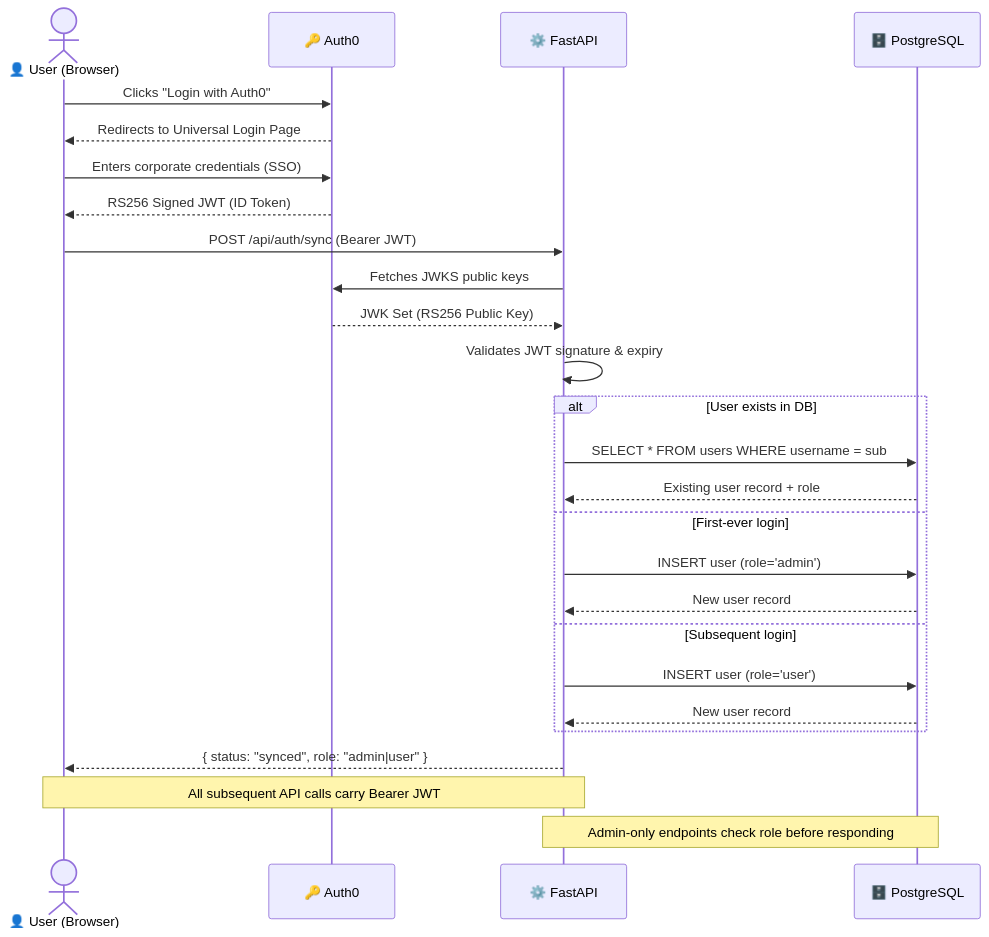
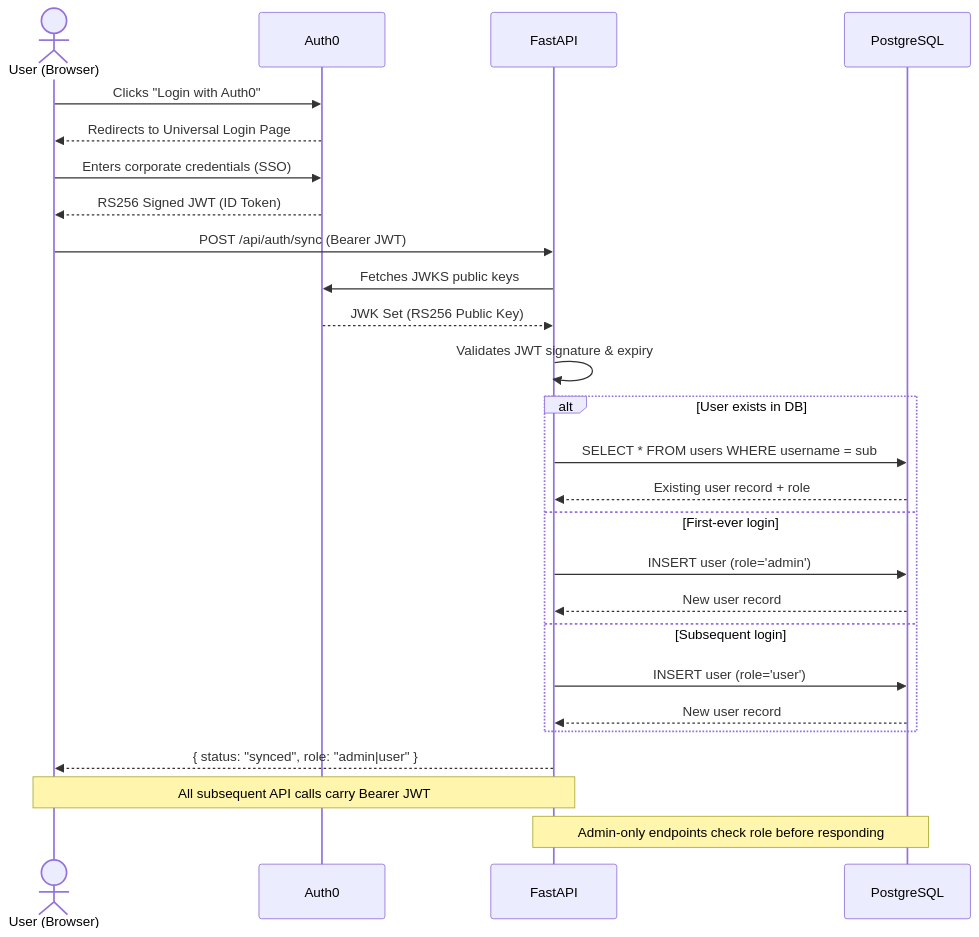
Before and after one commit to BugHunterX2101/pii-masking-app: the third of 4 diagrams in README.md, drawn with Mermaid. The commit also changed other lines of this file, not shown here.

Commit message:
docs: Remove all emojis and special unicode characters from README

````diff
--- a/README.md
+++ b/README.md
@@ -193,33 +193,33 @@
 ```mermaid
 sequenceDiagram
-    actor User as 👤 User (Browser)
-    participant Auth0 as 🔑 Auth0
-    participant FastAPI as ⚙️ FastAPI
-    participant DB as 🗄️ PostgreSQL
+actor User as User (Browser)
+participant Auth0 as Auth0
+participant FastAPI as  FastAPI
+participant DB as  PostgreSQL
 
-    User->>Auth0: Clicks "Login with Auth0"
-    Auth0-->>User: Redirects to Universal Login Page
-    User->>Auth0: Enters corporate credentials (SSO)
-    Auth0-->>User: RS256 Signed JWT (ID Token)
+User->>Auth0: Clicks "Login with Auth0"
+Auth0-->>User: Redirects to Universal Login Page
+User->>Auth0: Enters corporate credentials (SSO)
+Auth0-->>User: RS256 Signed JWT (ID Token)
 
-    User->>FastAPI: POST /api/auth/sync (Bearer JWT)
-    FastAPI->>Auth0: Fetches JWKS public keys
-    Auth0-->>FastAPI: JWK Set (RS256 Public Key)
-    FastAPI->>FastAPI: Validates JWT signature & expiry
+User->>FastAPI: POST /api/auth/sync (Bearer JWT)
+FastAPI->>Auth0: Fetches JWKS public keys
+Auth0-->>FastAPI: JWK Set (RS256 Public Key)
+FastAPI->>FastAPI: Validates JWT signature & expiry
 
-    alt User exists in DB
-        FastAPI->>DB: SELECT * FROM users WHERE username = sub
-        DB-->>FastAPI: Existing user record + role
-    else First-ever login
-        FastAPI->>DB: INSERT user (role='admin')
-        DB-->>FastAPI: New user record
-    else Subsequent login
-        FastAPI->>DB: INSERT user (role='user')
-        DB-->>FastAPI: New user record
-    end
+alt User exists in DB
+FastAPI->>DB: SELECT * FROM users WHERE username = sub
+DB-->>FastAPI: Existing user record + role
+else First-ever login
+FastAPI->>DB: INSERT user (role='admin')
+DB-->>FastAPI: New user record
+else Subsequent login
+FastAPI->>DB: INSERT user (role='user')
+DB-->>FastAPI: New user record
+end
 
-    FastAPI-->>User: { status: "synced", role: "admin|user" }
+FastAPI-->>User: { status: "synced", role: "admin|user" }
 
-    Note over User,FastAPI: All subsequent API calls carry Bearer JWT
-    Note over FastAPI,DB: Admin-only endpoints check role before responding
+Note over User,FastAPI: All subsequent API calls carry Bearer JWT
+Note over FastAPI,DB: Admin-only endpoints check role before responding
 ```
````
